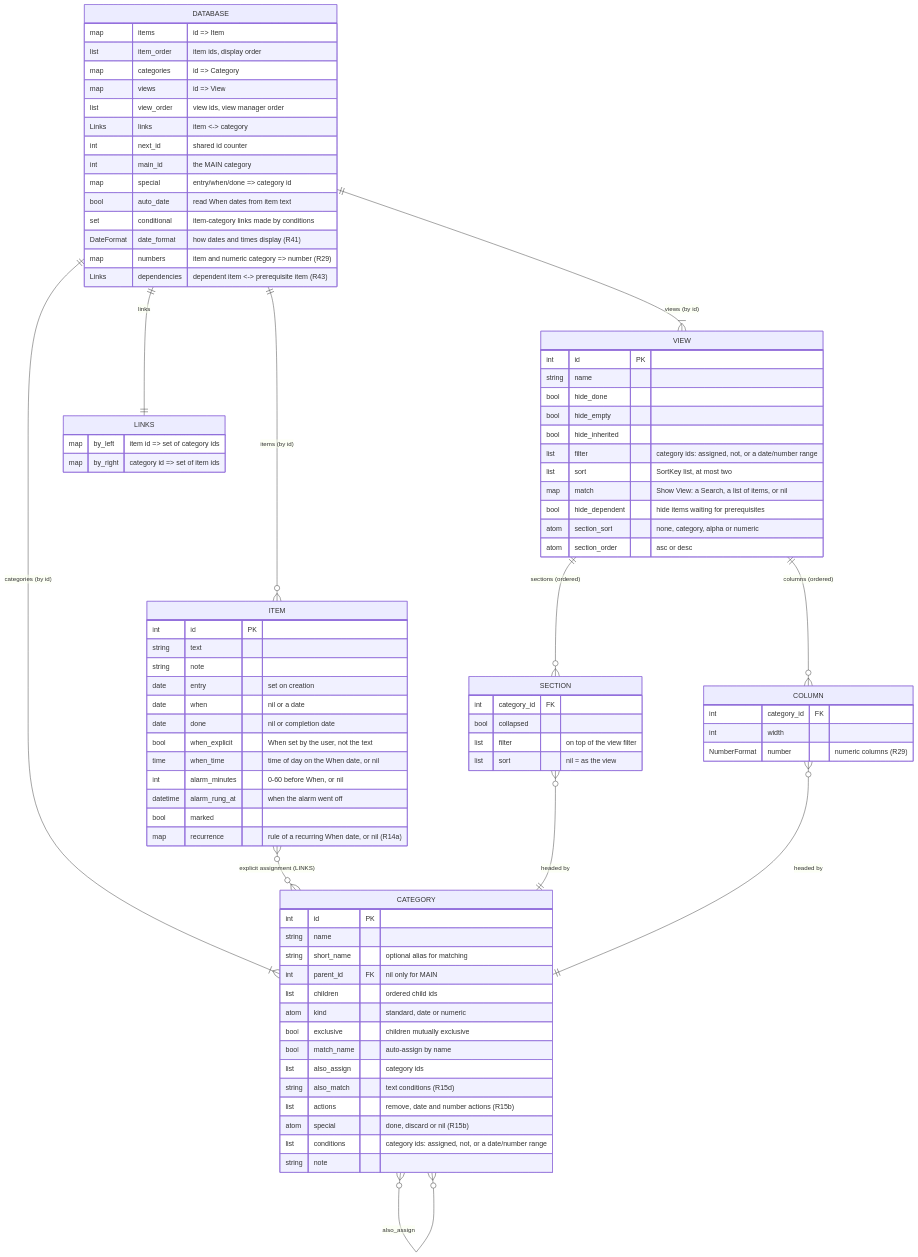
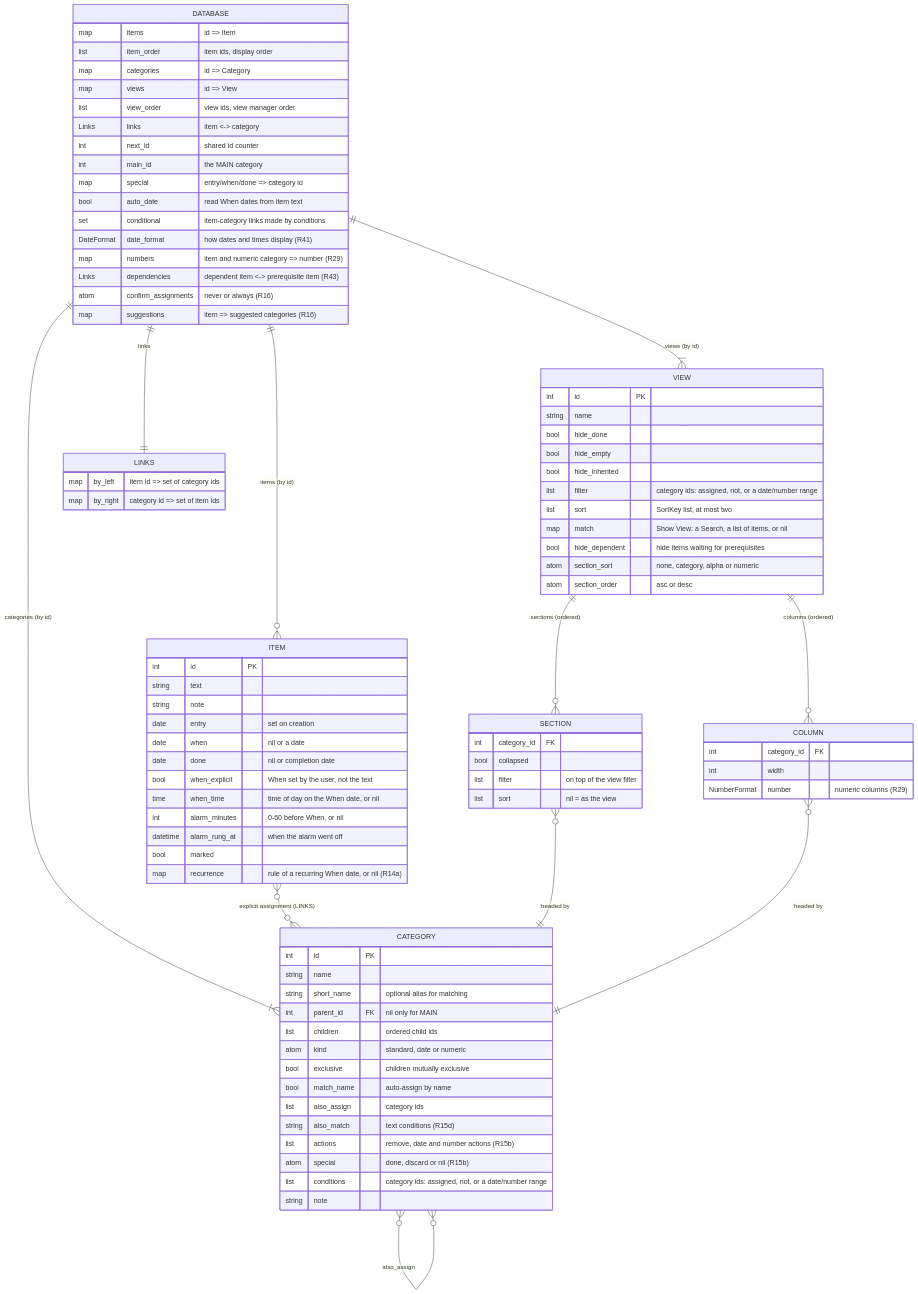
One commit to jamting/agendum changed the first of 6 diagrams in docs/DATA_MODEL.md. Above: the diagram before and after it, drawn with Mermaid. The commit also changed other lines of this file and 16 other files, not shown here.

First line of the commit message:
Add suggested assignments and Utilities Questions (R16)

```diff
--- a/docs/DATA_MODEL.md
+++ b/docs/DATA_MODEL.md
@@ -38,6 +38,8 @@
         DateFormat date_format "how dates and times display (R41)"
         map numbers "item and numeric category => number (R29)"
         Links dependencies "dependent item <-> prerequisite item (R43)"
+        atom confirm_assignments "never or always (R16)"
+        map suggestions "item => suggested categories (R16)"
     }
     ITEM {
         int id PK
```
